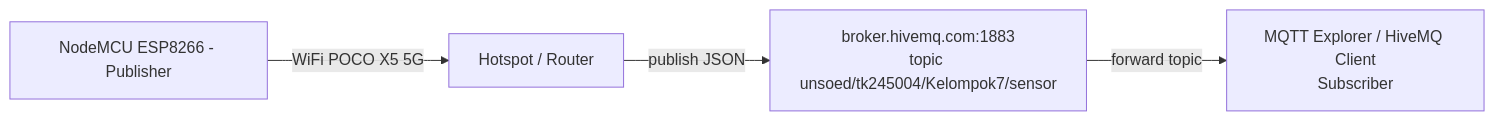
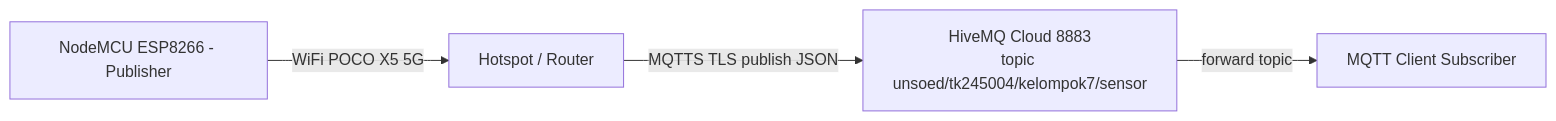
Before and after one commit to AbyanDv/H1H024049-ABYAN_DEVADI-PRAKTIKUM_INTERNET_OF_THINGS: the third of 3 diagrams in Modul3 - MQTT/readme.md, drawn with Mermaid. The commit also changed other lines of this file, not shown here.

Commit message:
update readme modul3 sesuaikan percobaan2 HiveMQ Cloud

````diff
--- a/Modul3 - MQTT/readme.md
+++ b/Modul3 - MQTT/readme.md
@@ -339,6 +483,6 @@
 ```mermaid
 graph LR
     ESP[NodeMCU ESP8266 - Publisher] -- "WiFi POCO X5 5G" --> ROUTER[Hotspot / Router]
-    ROUTER -- "publish JSON" --> BROKER[broker.hivemq.com:1883<br/>topic unsoed/tk245004/Kelompok7/sensor]
-    BROKER -- "forward topic" --> CLIENT[MQTT Explorer / HiveMQ Client<br/>Subscriber]
+    ROUTER -- "MQTTS TLS publish JSON" --> BROKER[HiveMQ Cloud 8883<br/>topic unsoed/tk245004/kelompok7/sensor]
+    BROKER -- "forward topic" --> CLIENT[MQTT Client Subscriber]
 ```
````
